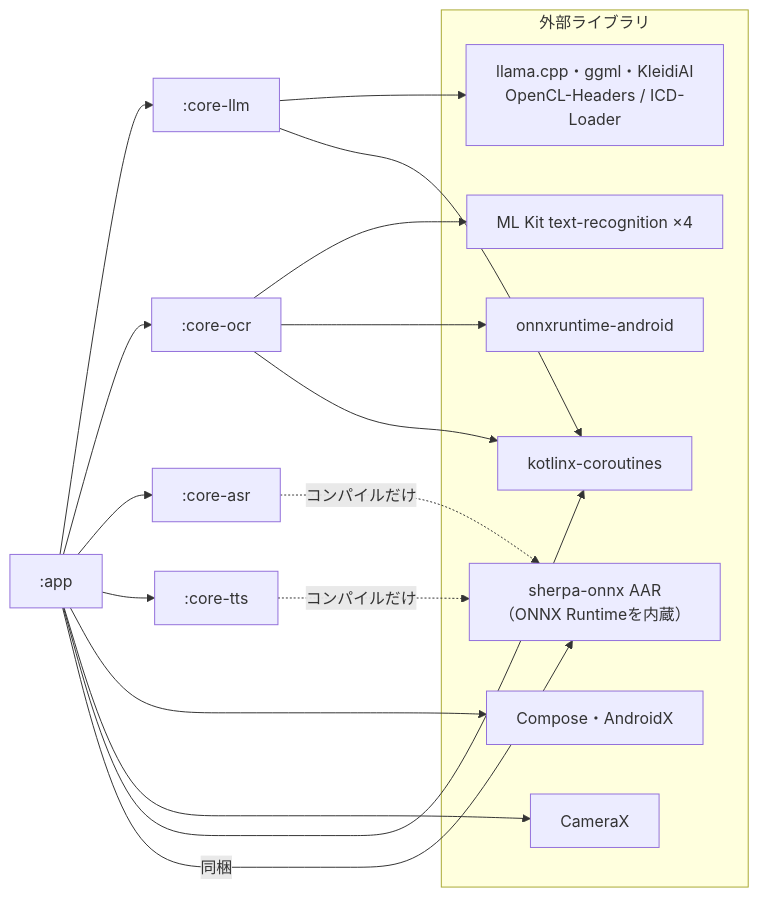
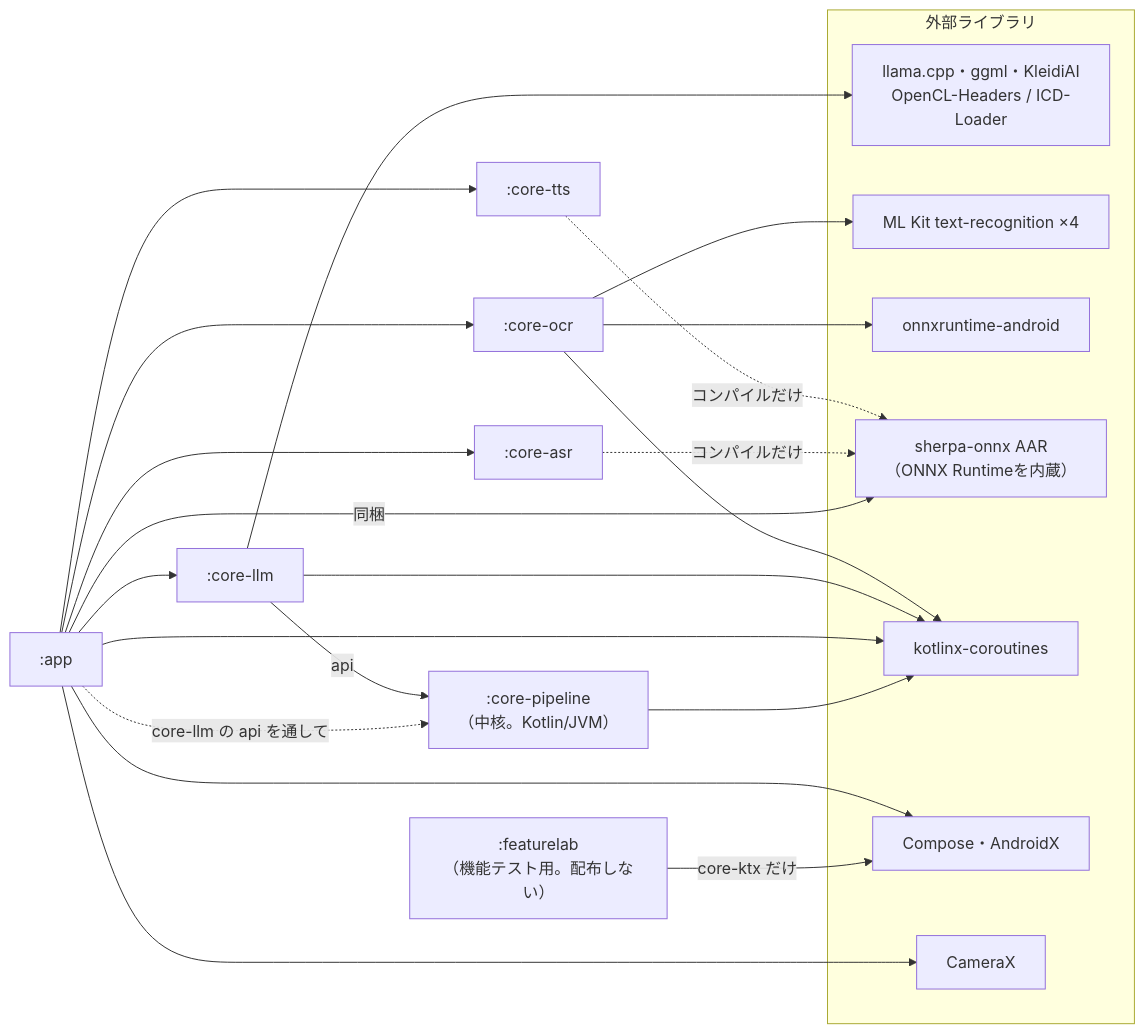
One commit to kagerouttepaso/PlamoTranslate changed the third of 6 diagrams in docs/02_アーキテクチャ.md. Above: the diagram before and after it, drawn with Mermaid. The commit also changed other lines of this file and 12 other files, not shown here.

First line of the commit message:
ユーザー補助の合図を足し、設計書を新しい構成に合わせる

````diff
--- a/docs/02_アーキテクチャ.md
+++ b/docs/02_アーキテクチャ.md
@@ -291,32 +297,38 @@
 ```mermaid
 flowchart LR
   app[":app"]
+  pipe[":core-pipeline<br>（中核。Kotlin/JVM）"]
   llm[":core-llm"]
   ocr[":core-ocr"]
   asr[":core-asr"]
   tts[":core-tts"]
+  lab[":featurelab<br>（機能テスト用。配布しない）"]
   subgraph ext["外部ライブラリ"]
     llama["llama.cpp・ggml・KleidiAI<br>OpenCL-Headers / ICD-Loader"]
     mlkit["ML Kit text-recognition ×4"]
     onnx["onnxruntime-android"]
     sherpa["sherpa-onnx AAR<br>（ONNX Runtimeを内蔵）"]
     co["kotlinx-coroutines"]
     compose["Compose・AndroidX"]
     camerax["CameraX"]
   end
   app --> llm
+  app -. core-llm の api を通して .-> pipe
+  llm -- api --> pipe
+  pipe --> co
+  lab -- core-ktx だけ --> compose
   app --> ocr
   app --> asr
   app --> tts
   app --> compose
   app --> camerax
   app --> co
   app -- 同梱 --> sherpa
   asr -. コンパイルだけ .-> sherpa
   tts -. コンパイルだけ .-> sherpa
   llm --> llama
   llm --> co
   ocr --> mlkit
   ocr --> onnx
   ocr --> co
 ```
````
